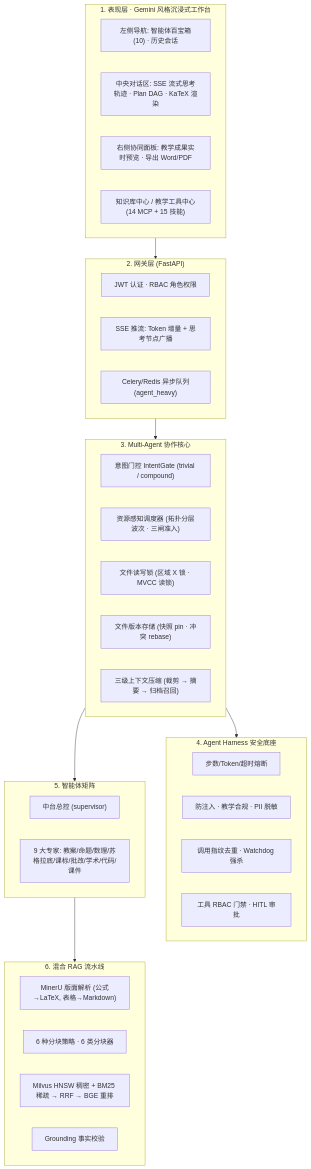
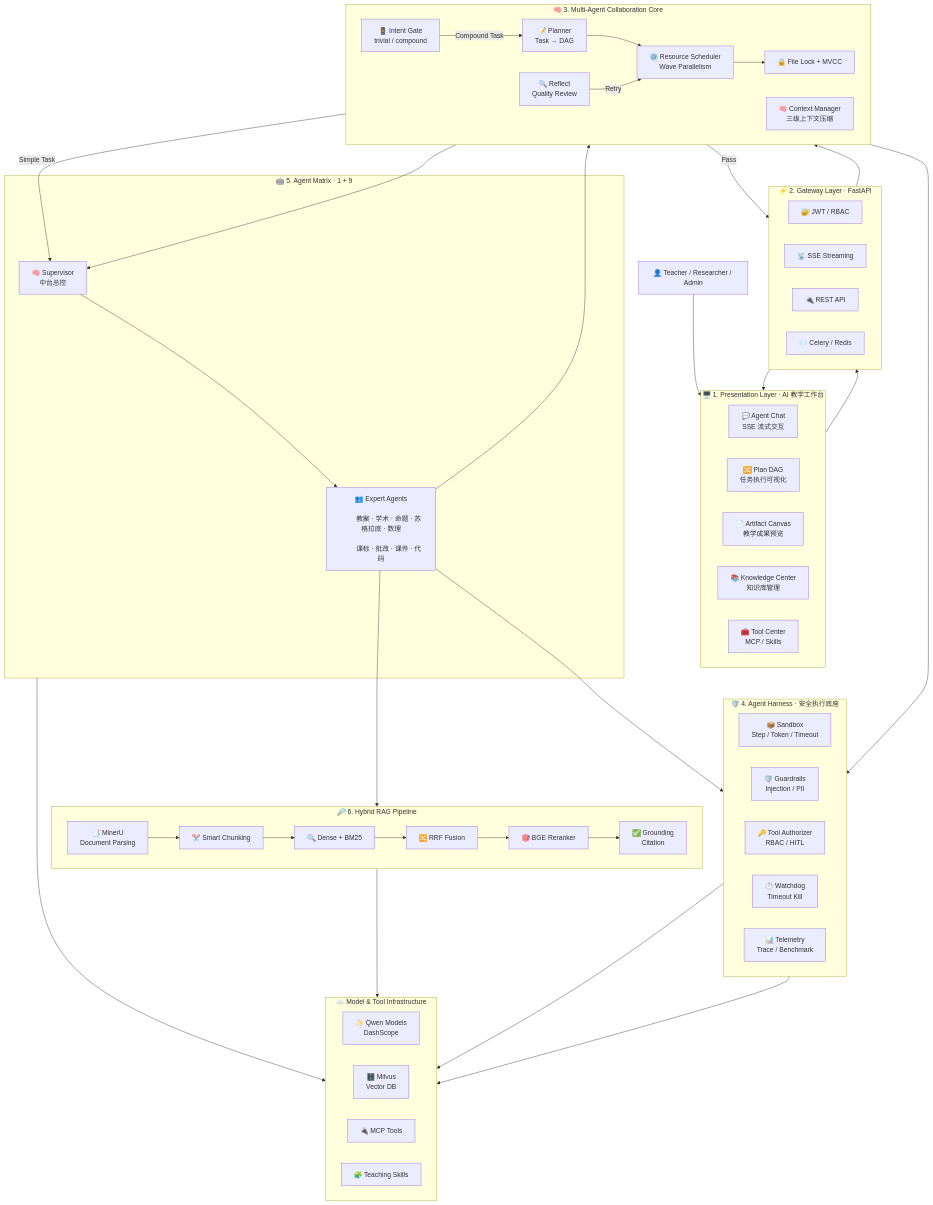
The first of 3 diagrams in README.md (jiaxiaojia123789/EduAgent-Platform), drawn with Mermaid before and after one commit. The commit also changed other lines of this file, not shown here.

````diff
--- a/README.md
+++ b/README.md
@@ -28,48 +34,111 @@
 ```mermaid
-flowchart TD
-    subgraph UI_Layer["1. 表现层 · Gemini 风格沉浸式工作台"]
-        UI_Sidebar["左侧导航: 智能体百宝箱(10) · 历史会话"]
-        UI_Chat["中央对话区: SSE 流式思考轨迹 · Plan DAG · KaTeX 渲染"]
-        UI_Canvas["右侧协同面板: 教学成果实时预览 · 导出 Word/PDF"]
-        UI_Tools["知识库中心 / 教学工具中心(14 MCP + 15 技能)"]
+flowchart TB
+
+    %% ================= 用户层 =================
+    USER["👤 Teacher / Researcher / Admin"]
+
+    %% ================= 表现层 =================
+    subgraph UI["🖥️ 1. Presentation Layer · AI 教学工作台"]
+        direction LR
+        CHAT["💬 Agent Chat<br/>SSE 流式交互"]
+        DAG["🔀 Plan DAG<br/>任务执行可视化"]
+        CANVAS["📄 Artifact Canvas<br/>教学成果预览"]
+        KB["📚 Knowledge Center<br/>知识库管理"]
+        TOOLUI["🧰 Tool Center<br/>MCP / Skills"]
     end
 
-    subgraph Gateway_Layer["2. 网关层 (FastAPI)"]
-        Auth["JWT 认证 · RBAC 角色权限"]
-        SSE["SSE 推流: Token 增量 + 思考节点广播"]
-        Queue["Celery/Redis 异步队列(agent_heavy)"]
+    %% ================= 网关层 =================
+    subgraph API["⚡ 2. Gateway Layer · FastAPI"]
+        direction LR
+        AUTH["🔐 JWT / RBAC"]
+        SSE["📡 SSE Streaming"]
+        REST["🔌 REST API"]
+        QUEUE["📨 Celery / Redis"]
     end
 
-    subgraph Collab_Layer["3. Multi-Agent 协作核心"]
-        Gate["意图门控 IntentGate (trivial / compound)"]
-        Scheduler["资源感知调度器 (拓扑分层波次 · 三闸准入)"]
-        Lock["文件读写锁 (区域 X 锁 · MVCC 读锁)"]
-        Version["文件版本存储 (快照 pin · 冲突 rebase)"]
-        Compressor["三级上下文压缩 (裁剪 → 摘要 → 归档召回)"]
+    %% ================= 协作层 =================
+    subgraph CORE["🧠 3. Multi-Agent Collaboration Core"]
+        direction LR
+        GATE["🚦 Intent Gate<br/>trivial / compound"]
+        PLAN["📝 Planner<br/>Task → DAG"]
+        SCHEDULER["⚙️ Resource Scheduler<br/>Wave Parallelism"]
+        LOCK["🔒 File Lock + MVCC"]
+        REFLECT["🔍 Reflect<br/>Quality Review"]
+        CONTEXT["🧠 Context Manager<br/>三级上下文压缩"]
     end
 
-    subgraph Harness_Layer["4. Agent Harness 安全底座"]
-        Sandbox["步数/Token/超时熔断"]
-        Guardrails["防注入 · 教学合规 · PII 脱敏"]
-        Fingerprint["调用指纹去重 · Watchdog 强杀"]
-        Authorizer["工具 RBAC 门禁 · HITL 审批"]
+    %% ================= Harness =================
+    subgraph HARNESS["🛡️ 4. Agent Harness · 安全执行底座"]
+        direction LR
+        SANDBOX["📦 Sandbox<br/>Step / Token / Timeout"]
+        GUARD["🛡️ Guardrails<br/>Injection / PII"]
+        RBAC["🔑 Tool Authorizer<br/>RBAC / HITL"]
+        WATCHDOG["⏱️ Watchdog<br/>Timeout Kill"]
+        TELEMETRY["📊 Telemetry<br/>Trace / Benchmark"]
     end
 
-    subgraph Agent_Layer["5. 智能体矩阵"]
-        Supervisor["中台总控 (supervisor)"]
-        Experts["9 大专家: 教案/命题/数理/苏格拉底/课标/批改/学术/代码/课件"]
+    %% ================= Agent =================
+    subgraph AGENTS["🤖 5. Agent Matrix · 1 + 9"]
+        SUPERVISOR["🧠 Supervisor<br/>中台总控"]
+
+        EXPERTS["👥 Expert Agents<br/>
+        教案 · 学术 · 命题 · 苏格拉底 · 数理<br/>
+        课标 · 批改 · 课件 · 代码"]
     end
 
-    subgraph RAG_Layer["6. 混合 RAG 流水线"]
-        MinerU["MinerU 版面解析 (公式→LaTeX, 表格→Markdown)"]
-        Chunker["6 种分块策略 · 6 类分块器"]
-        Milvus["Milvus HNSW 稠密 + BM25 稀疏 → RRF → BGE 重排"]
-        Grounding["Grounding 事实校验"]
+    %% ================= RAG =================
+    subgraph RAG["🔎 6. Hybrid RAG Pipeline"]
+        direction LR
+        PARSE["📑 MinerU<br/>Document Parsing"]
+        CHUNK["✂️ Smart Chunking"]
+        RETRIEVE["🔍 Dense + BM25"]
+        RRF["🔀 RRF Fusion"]
+        RERANK["🎯 BGE Reranker"]
+        GROUND["✅ Grounding<br/>Citation"]
     end
 
-    UI_Layer --> Gateway_Layer
-    Gateway_Layer --> Collab_Layer
-    Collab_Layer --> Harness_Layer
-    Collab_Layer --> Agent_Layer
-    Agent_Layer --> RAG_Layer
+    %% ================= Models / Tools =================
+    subgraph INFRA["☁️ Model & Tool Infrastructure"]
+        direction LR
+        QWEN["✨ Qwen Models<br/>DashScope"]
+        MILVUS["🗄️ Milvus<br/>Vector DB"]
+        MCP["🔌 MCP Tools"]
+        SKILLS["🧩 Teaching Skills"]
+    end
+
+    USER --> UI
+    UI --> API
+
+    API --> GATE
+
+    GATE -->|"Simple Task"| SUPERVISOR
+    GATE -->|"Compound Task"| PLAN
+
+    PLAN --> SCHEDULER
+    SCHEDULER --> LOCK
+    LOCK --> SUPERVISOR
+
+    SUPERVISOR --> EXPERTS
+
+    CORE --> HARNESS
+    EXPERTS --> HARNESS
+
+    EXPERTS --> RAG
+
+    PARSE --> CHUNK
+    CHUNK --> RETRIEVE
+    RETRIEVE --> RRF
+    RRF --> RERANK
+    RERANK --> GROUND
+
+    AGENTS --> QWEN
+    RAG --> MILVUS
+    HARNESS --> MCP
+    HARNESS --> SKILLS
+
+    EXPERTS --> REFLECT
+    REFLECT -->|"Pass"| API
+    REFLECT -->|"Retry"| SCHEDULER
+
+    API --> UI
 ```
````
